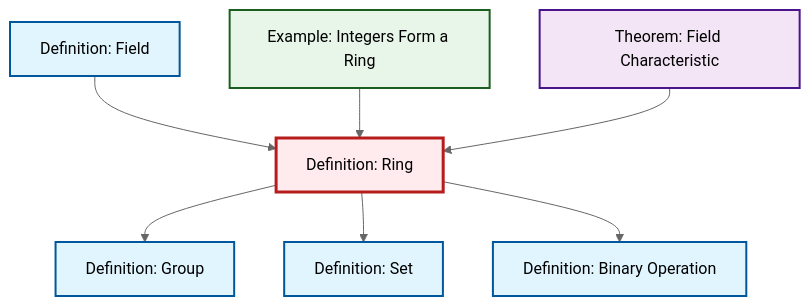
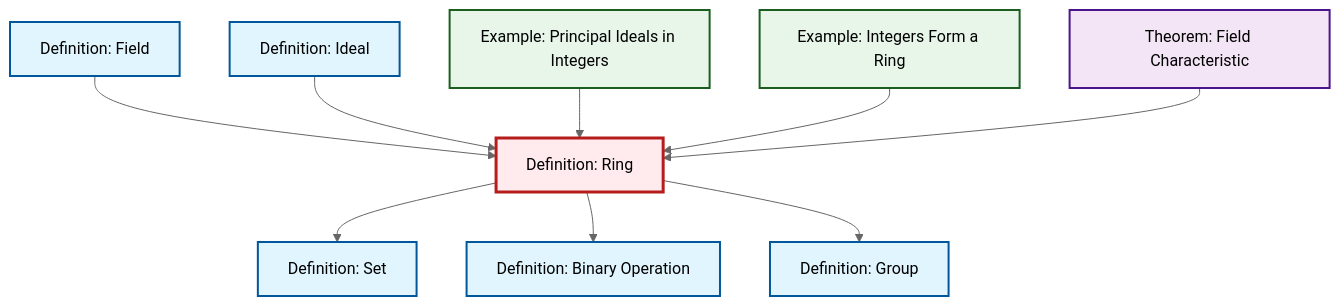
Before and after one commit to RK0429/ModernMath: the diagram in content/ja/algebra/def-ring.qmd, drawn with Mermaid (neutral theme). The commit also changed 530 other files, not shown here.

````diff
--- a/content/ja/algebra/def-ring.qmd
+++ b/content/ja/algebra/def-ring.qmd
@@ -60,29 +60,35 @@
 ```{mermaid}
 %%| fig-cap: "Local dependency graph"
 graph TD
     classDef definition fill:#e1f5fe,stroke:#01579b,stroke-width:2px
     classDef theorem fill:#f3e5f5,stroke:#4a148c,stroke-width:2px
     classDef axiom fill:#fff3e0,stroke:#e65100,stroke-width:2px
     classDef example fill:#e8f5e9,stroke:#1b5e20,stroke-width:2px
     classDef current fill:#ffebee,stroke:#b71c1c,stroke-width:3px
+    def-ideal["Definition: Ideal"]:::definition
+    def-set["Definition: Set"]:::definition
+    def-group["Definition: Group"]:::definition
+    def-field["Definition: Field"]:::definition
+    thm-field-characteristic["Theorem: Field Characteristic"]:::theorem
     def-ring["Definition: Ring"]:::definition
-    def-set["Definition: Set"]:::definition
-    def-field["Definition: Field"]:::definition
+    ex-principal-ideal["Example: Principal Ideals in Integers"]:::example
+    ex-integers-ring["Example: Integers Form a Ring"]:::example
     def-binary-operation["Definition: Binary Operation"]:::definition
-    def-group["Definition: Group"]:::definition
-    ex-integers-ring["Example: Integers Form a Ring"]:::example
-    thm-field-characteristic["Theorem: Field Characteristic"]:::theorem
-    def-ring --> def-group
     def-ring --> def-set
-    def-ring --> def-binary-operation
     def-field --> def-ring
+    def-ideal --> def-ring
+    ex-principal-ideal --> def-ring
     ex-integers-ring --> def-ring
     thm-field-characteristic --> def-ring
+    def-ring --> def-binary-operation
+    def-ring --> def-group
     class def-ring current
+    click def-ideal "def-ideal.html" "Definition: Idealへ"
     click def-set "def-set.html" "Definition: Setへ"
+    click def-group "def-group.html" "Definition: Groupへ"
     click def-field "def-field.html" "Definition: Fieldへ"
+    click thm-field-characteristic "thm-field-characteristic.html" "Theorem: Field Characteristicへ"
+    click ex-principal-ideal "ex-principal-ideal.html" "Example: Principal Ideals in Integersへ"
+    click ex-integers-ring "ex-integers-ring.html" "Example: Integers Form a Ringへ"
     click def-binary-operation "def-binary-operation.html" "Definition: Binary Operationへ"
-    click def-group "def-group.html" "Definition: Groupへ"
-    click ex-integers-ring "ex-integers-ring.html" "Example: Integers Form a Ringへ"
-    click thm-field-characteristic "thm-field-characteristic.html" "Theorem: Field Characteristicへ"
 ```
````
